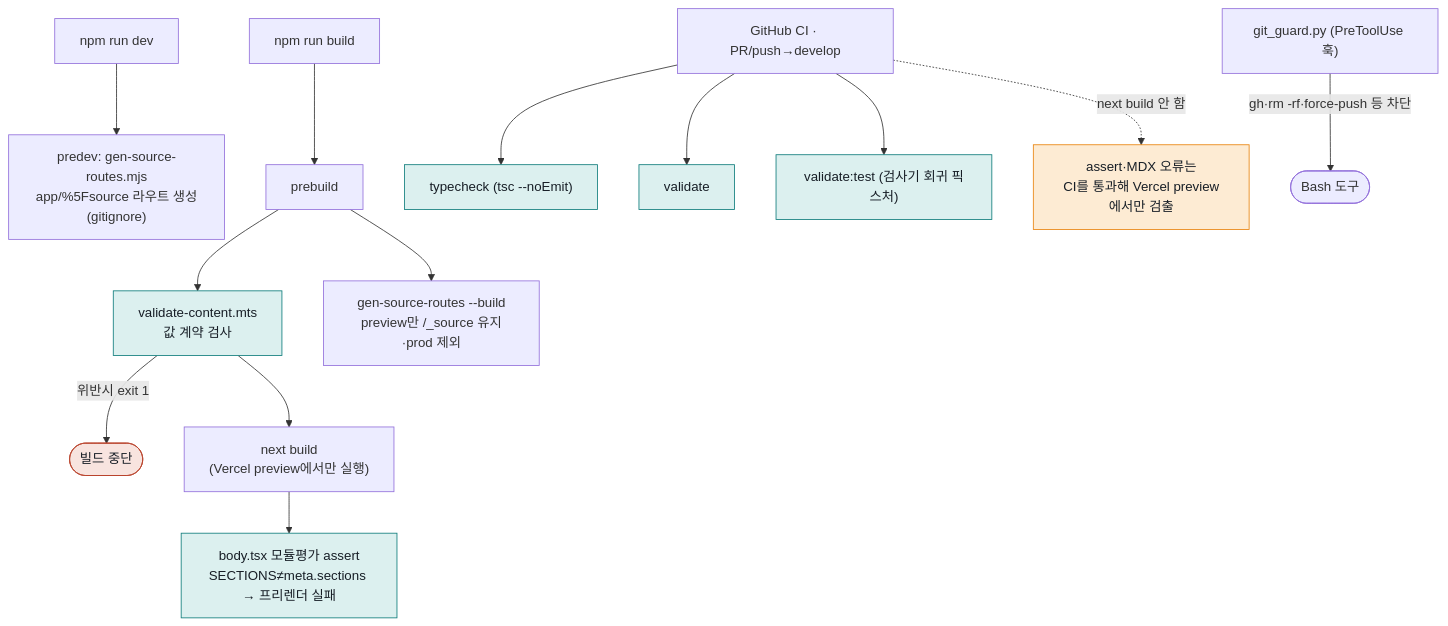
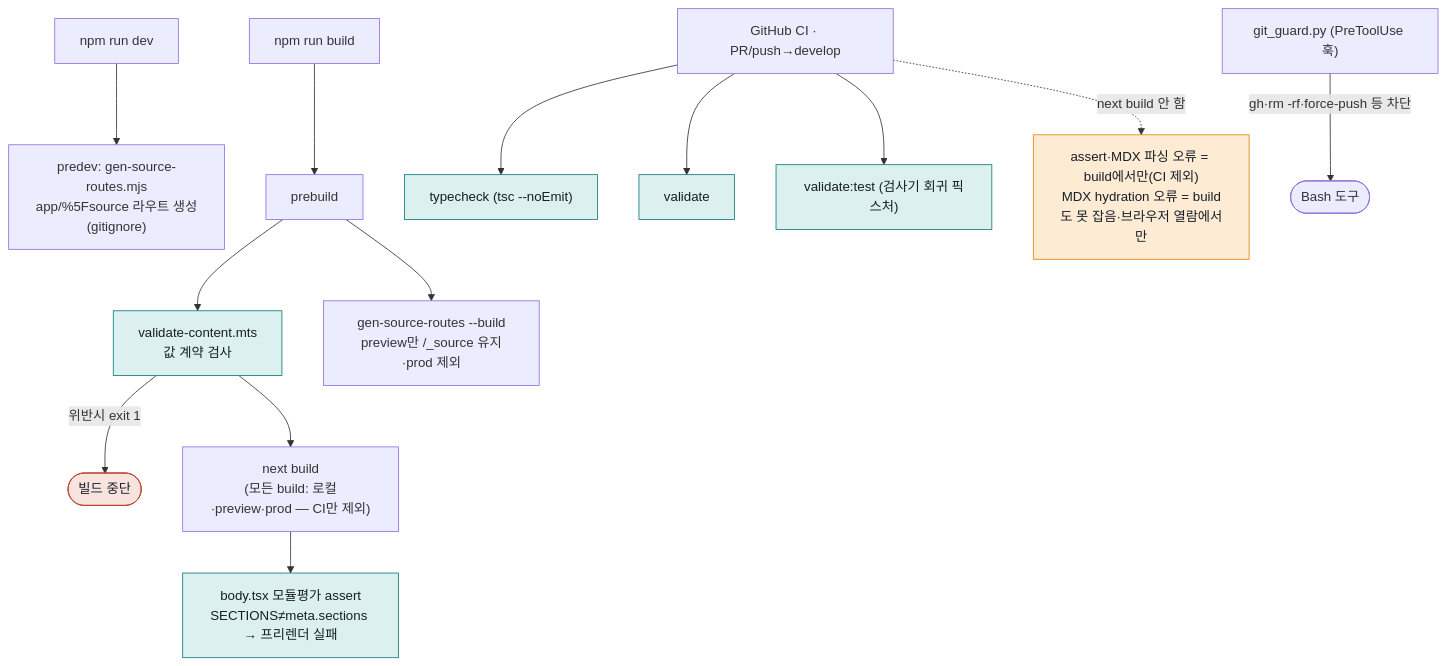
One commit to padahkim/aws-reps changed the third of 4 diagrams in docs/ARCHITECTURE.md. Above: the diagram before and after it, drawn with Mermaid. The commit also changed other lines of this file, not shown here.

````diff
--- a/docs/ARCHITECTURE.md
+++ b/docs/ARCHITECTURE.md
@@ -95,21 +95,21 @@
 ```mermaid
 flowchart TD
   DEV["npm run dev"] --> PREDEV["predev: gen-source-routes.mjs<br/>app/%5Fsource 라우트 생성(gitignore)"]
   BUILD["npm run build"] --> PREBUILD["prebuild"]
   PREBUILD --> VAL["validate-content.mts<br/>값 계약 검사"]:::gate
   PREBUILD --> GEN["gen-source-routes --build<br/>preview만 /_source 유지·prod 제외"]
   VAL -->|위반시 exit 1| STOP([빌드 중단]):::stop
-  VAL --> NB["next build<br/>(Vercel preview에서만 실행)"]
+  VAL --> NB["next build<br/>(모든 build: 로컬·preview·prod — CI만 제외)"]
   NB --> ASSERT["body.tsx 모듈평가 assert<br/>SECTIONS≠meta.sections → 프리렌더 실패"]:::gate
 
   CI["GitHub CI · PR/push→develop"] --> TC["typecheck (tsc --noEmit)"]:::gate
   CI --> VAL2["validate"]:::gate
   CI --> VT["validate:test (검사기 회귀 픽스처)"]:::gate
-  CI -. next build 안 함 .-> GAPX["assert·MDX 오류는<br/>CI를 통과해 Vercel preview에서만 검출"]:::warn
+  CI -. next build 안 함 .-> GAPX["assert·MDX 파싱 오류 = build에서만(CI 제외)<br/>MDX hydration 오류 = build도 못 잡음·브라우저 열람에서만"]:::warn
 
   GUARD["git_guard.py (PreToolUse 훅)"] -->|gh·rm -rf·force-push 등 차단| BASH([Bash 도구])
 
   classDef gate fill:#DCF0EF,stroke:#0E7C7B,color:#171E26;
   classDef warn fill:#FDEBD3,stroke:#E8830C,color:#171E26;
   classDef stop fill:#F8E4DF,stroke:#B9432C,color:#171E26;
 ```
````
